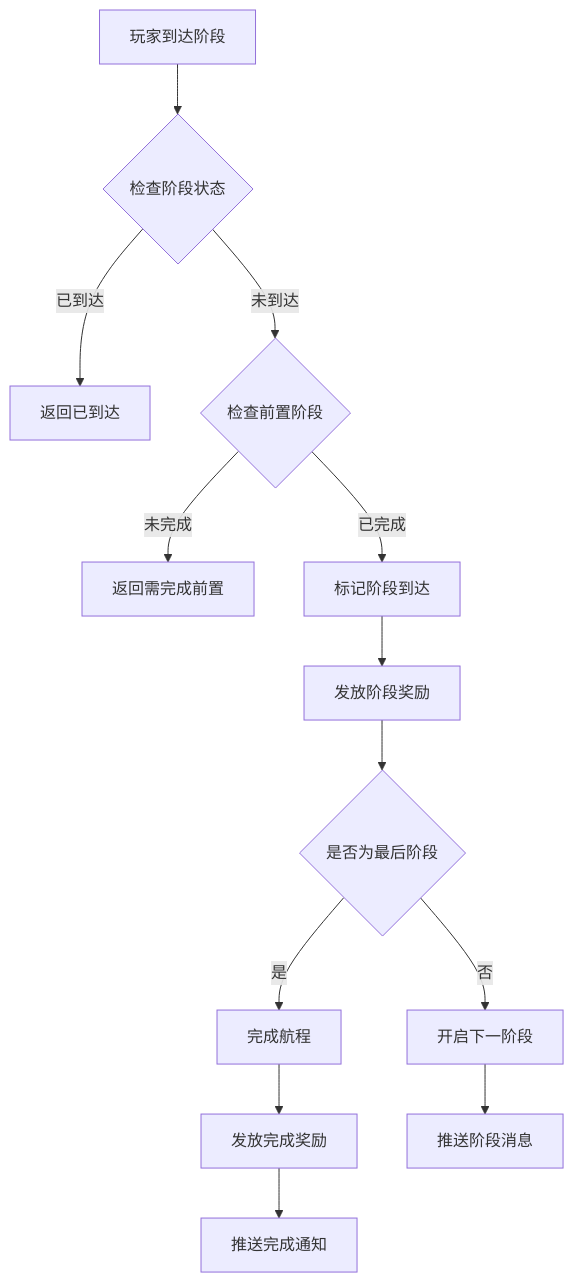
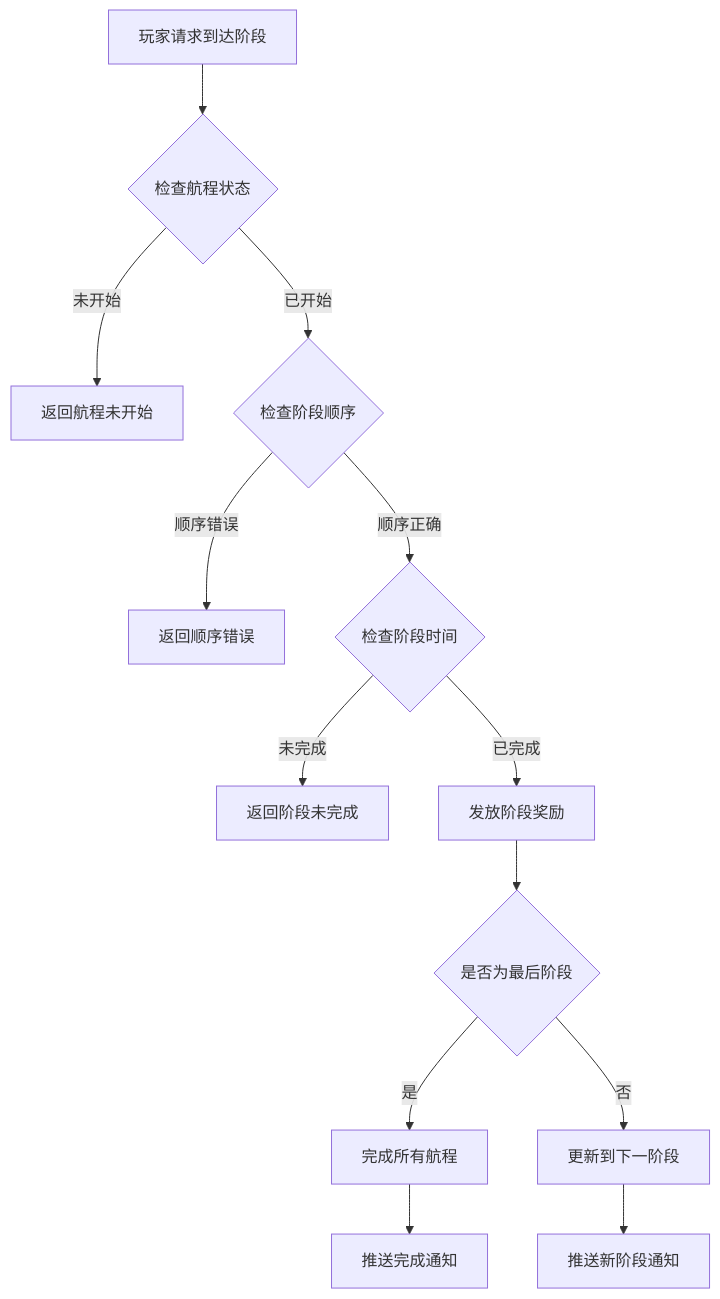
Before and after one commit to Alan-Ben/k2c_game_framework: the second of 4 diagrams in docs/Module_Mars/05_完整说明.md, drawn with Mermaid. The commit also changed other lines of this file and 15 other files, not shown here.

````diff
--- a/docs/Module_Mars/05_完整说明.md
+++ b/docs/Module_Mars/05_完整说明.md
@@ -109,15 +122,15 @@
 ```mermaid
 flowchart TD
-    A[玩家到达阶段] --> B{检查阶段状态}
-    B -->|已到达| C[返回已到达]
-    B -->|未到达| D{检查前置阶段}
-    D -->|未完成| E[返回需完成前置]
-    D -->|已完成| F[标记阶段到达]
-    F --> G[发放阶段奖励]
-    G --> H{是否为最后阶段}
-    H -->|是| I[完成航程]
-    H -->|否| J[开启下一阶段]
-    I --> K[发放完成奖励]
-    K --> L[推送完成通知]
-    J --> M[推送阶段消息]
+    A[玩家请求到达阶段] --> B{检查航程状态}
+    B -->|未开始| C[返回航程未开始]
+    B -->|已开始| D{检查阶段顺序}
+    D -->|顺序错误| E[返回顺序错误]
+    D -->|顺序正确| F{检查阶段时间}
+    F -->|未完成| G[返回阶段未完成]
+    F -->|已完成| H[发放阶段奖励]
+    H --> I{是否为最后阶段}
+    I -->|是| J[完成所有航程]
+    I -->|否| K[更新到下一阶段]
+    J --> L[推送完成通知]
+    K --> M[推送新阶段通知]
 ```
````
